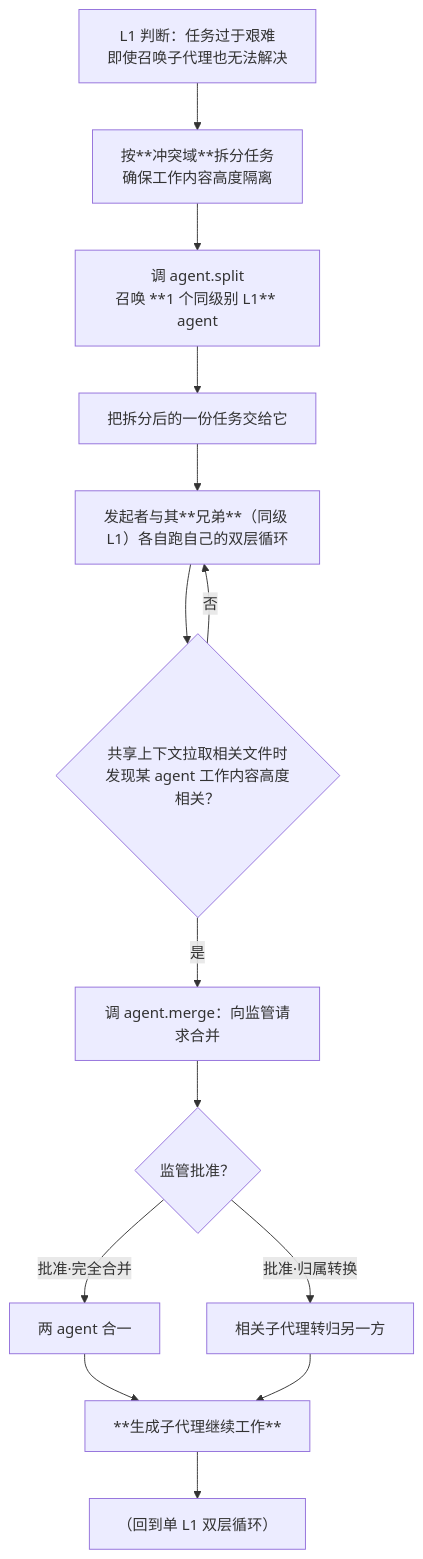
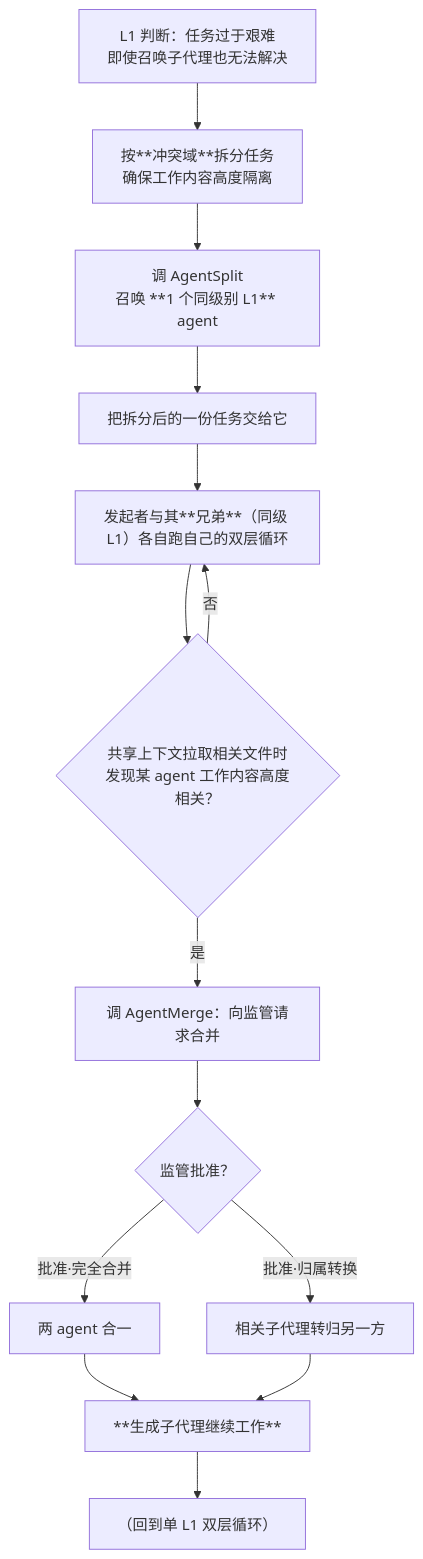
The diagram in Docs/Dev/L1编排设计/07-分裂与自合并.md (linmowudie/CivitasAI), drawn with Mermaid before and after one commit. The commit also changed other lines of this file and 305 other files, not shown here.

````diff
--- a/Docs/Dev/L1编排设计/07-分裂与自合并.md
+++ b/Docs/Dev/L1编排设计/07-分裂与自合并.md
@@ -10,16 +12,16 @@
 ```mermaid
 flowchart TD
   A["L1 判断：任务过于艰难<br/>即使召唤子代理也无法解决"] --> B["按**冲突域**拆分任务<br/>确保工作内容高度隔离"]
-  B --> C["调 agent.split<br/>召唤 **1 个同级别 L1** agent"]
+  B --> C["调 AgentSplit<br/>召唤 **1 个同级别 L1** agent"]
   C --> D["把拆分后的一份任务交给它"]
   D --> E["发起者与其**兄弟**（同级 L1）各自跑自己的双层循环"]
   E --> F{"共享上下文拉取相关文件时<br/>发现某 agent 工作内容高度相关？"}
   F -- 否 --> E
-  F -- 是 --> G["调 agent.merge：向监管请求合并"]
+  F -- 是 --> G["调 AgentMerge：向监管请求合并"]
   G --> H{"监管批准？"}
   H -- 批准·完全合并 --> I["两 agent 合一"]
   H -- 批准·归属转换 --> J["相关子代理转归另一方"]
   I --> K["**生成子代理继续工作**"]
   J --> K
   K --> L["（回到单 L1 双层循环）"]
 ```
````
